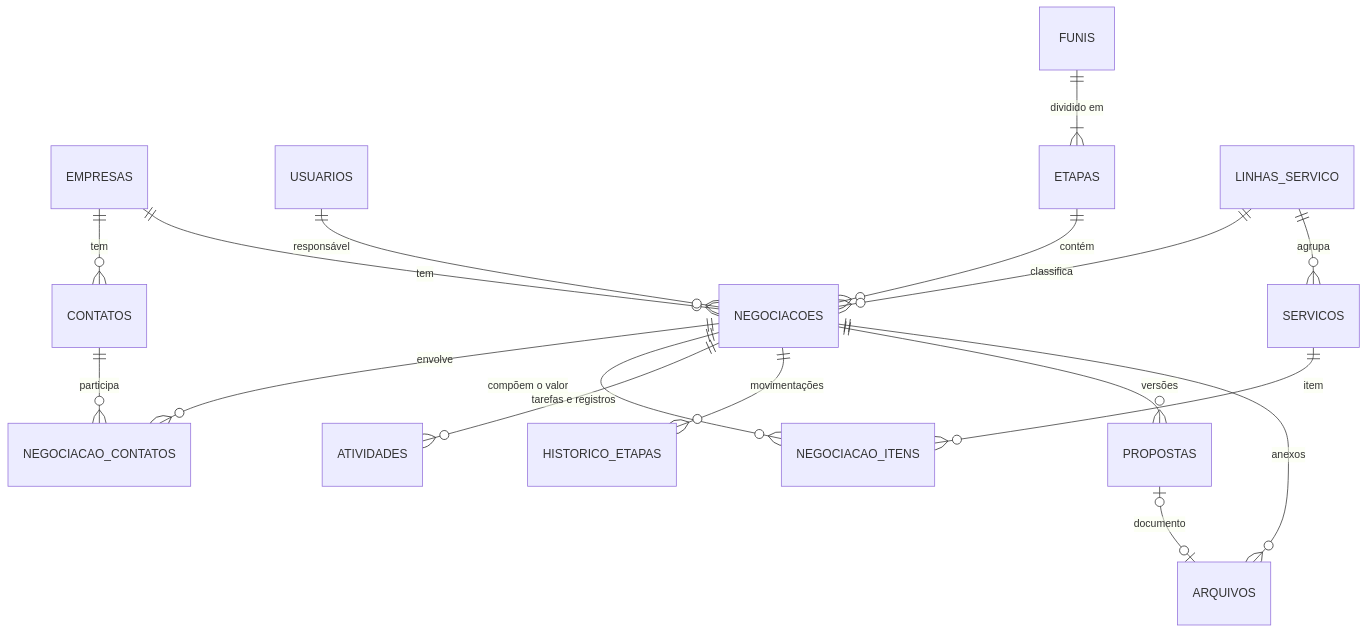
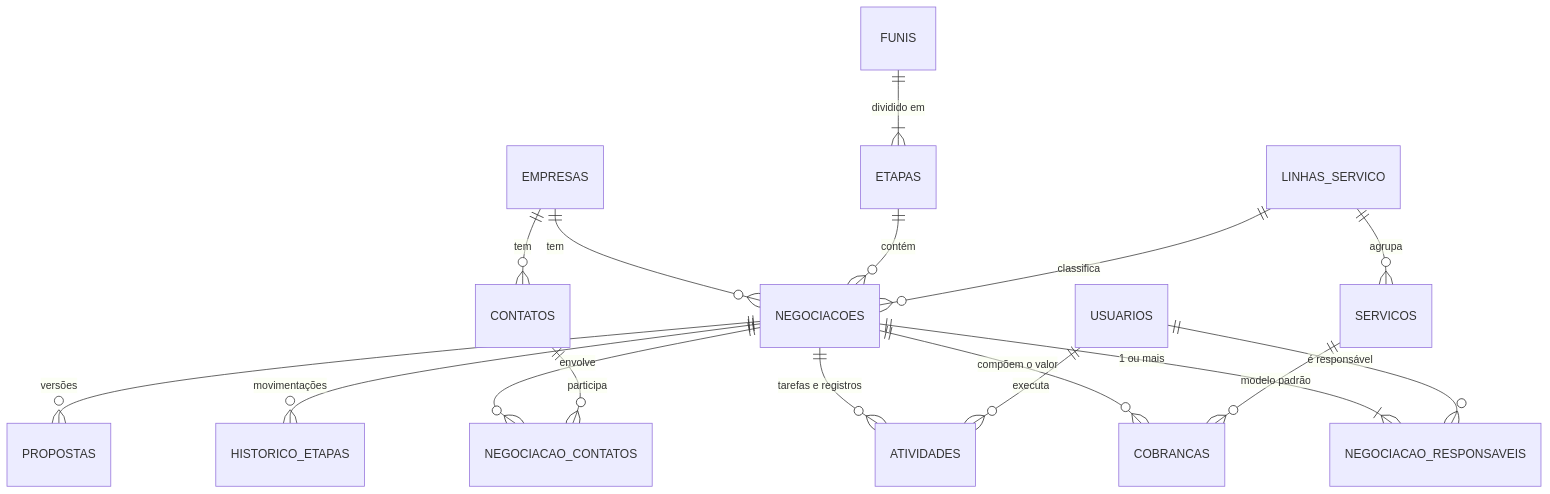
One commit to fononemacher/gerador-de-escala changed the diagram in docs/crm/estrutura-e-validacao.md. Above: the diagram before and after it, drawn with Mermaid. The commit also changed other lines of this file, not shown here.

````diff
--- a/docs/crm/estrutura-e-validacao.md
+++ b/docs/crm/estrutura-e-validacao.md
@@ -47,19 +63,19 @@
 ```mermaid
 erDiagram
     EMPRESAS ||--o{ CONTATOS : "tem"
     EMPRESAS ||--o{ NEGOCIACOES : "tem"
-    USUARIOS ||--o{ NEGOCIACOES : "responsável"
+    NEGOCIACOES ||--|{ NEGOCIACAO_RESPONSAVEIS : "1 ou mais"
+    USUARIOS ||--o{ NEGOCIACAO_RESPONSAVEIS : "é responsável"
     FUNIS ||--|{ ETAPAS : "dividido em"
     ETAPAS ||--o{ NEGOCIACOES : "contém"
     LINHAS_SERVICO ||--o{ NEGOCIACOES : "classifica"
     LINHAS_SERVICO ||--o{ SERVICOS : "agrupa"
     NEGOCIACOES ||--o{ NEGOCIACAO_CONTATOS : "envolve"
     CONTATOS ||--o{ NEGOCIACAO_CONTATOS : "participa"
-    NEGOCIACOES ||--o{ NEGOCIACAO_ITENS : "compõem o valor"
-    SERVICOS ||--o{ NEGOCIACAO_ITENS : "item"
+    NEGOCIACOES ||--o{ COBRANCAS : "compõem o valor"
+    SERVICOS ||--o{ COBRANCAS : "modelo padrão"
     NEGOCIACOES ||--o{ ATIVIDADES : "tarefas e registros"
+    USUARIOS ||--o{ ATIVIDADES : "executa"
     NEGOCIACOES ||--o{ HISTORICO_ETAPAS : "movimentações"
     NEGOCIACOES ||--o{ PROPOSTAS : "versões"
-    PROPOSTAS |o--o| ARQUIVOS : "documento"
-    NEGOCIACOES ||--o{ ARQUIVOS : "anexos"
 ```
````
